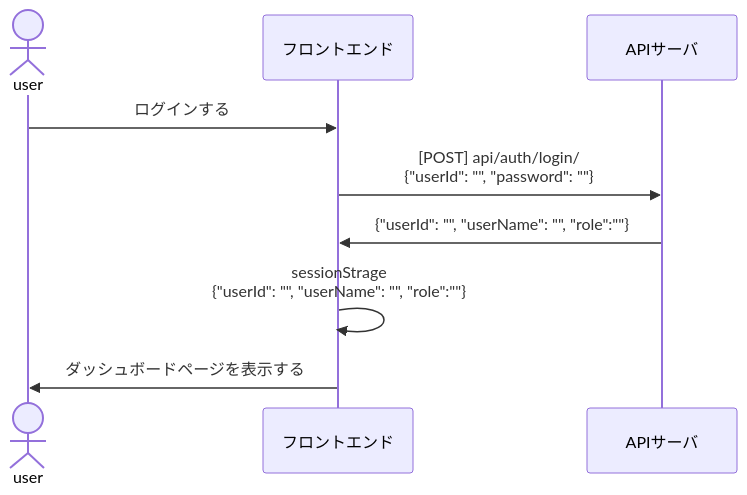
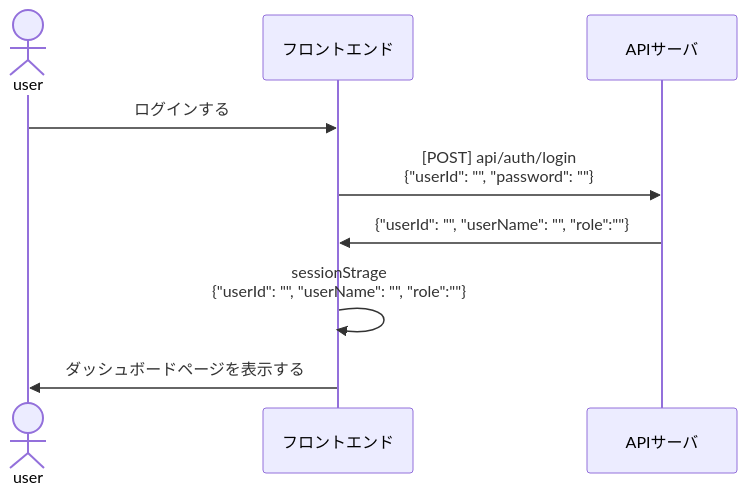
The second of 6 diagrams in design/README.md (betashort/rok_webapp), drawn with Mermaid before and after one commit. The commit also changed other lines of this file, not shown here.

````diff
--- a/design/README.md
+++ b/design/README.md
@@ -45,12 +61,12 @@
 ```mermaid
 sequenceDiagram
     actor user
     participant front as フロントエンド
     participant server as APIサーバ
 
     user ->> front: ログインする
-    front ->> server: [POST] api/auth/login/ <br> {"userId": "", "password": ""}
+    front ->> server: [POST] api/auth/login <br> {"userId": "", "password": ""}
     server ->> front: {"userId": "", "userName": "", "role":""}
     front ->> front: sessionStrage <br>{"userId": "", "userName": "", "role":""}
     front ->> user: ダッシュボードページを表示する
 ```
````
